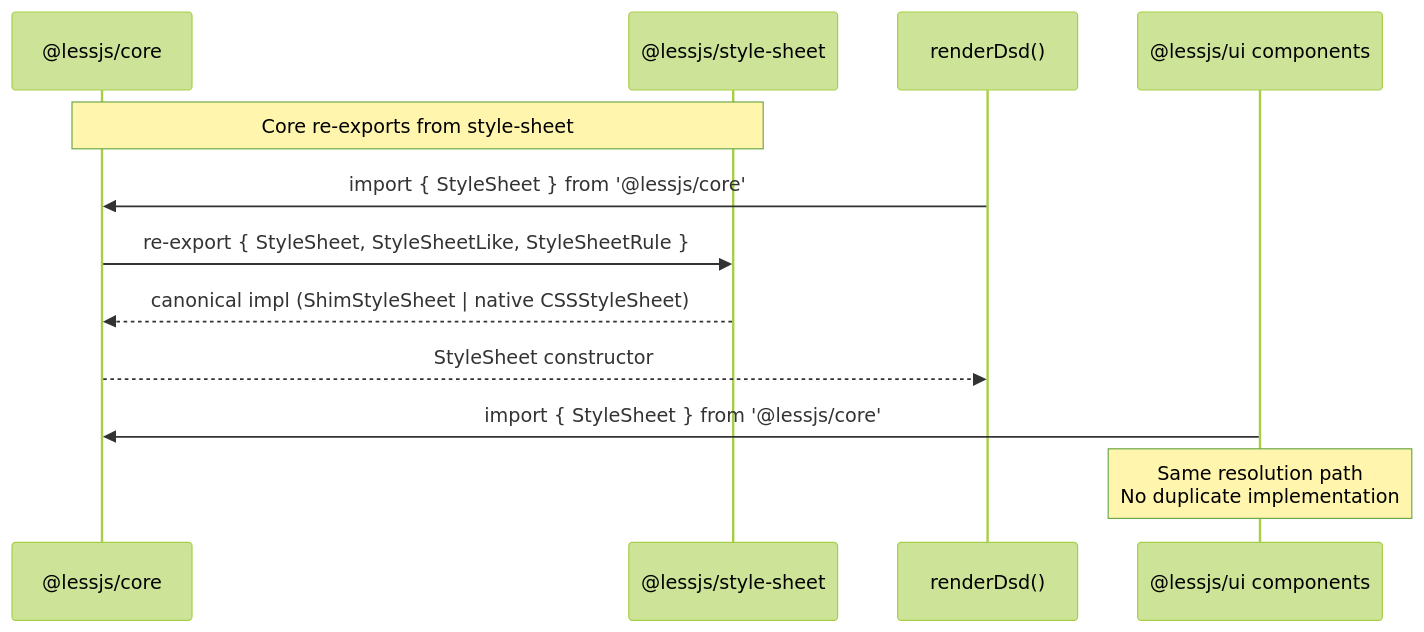
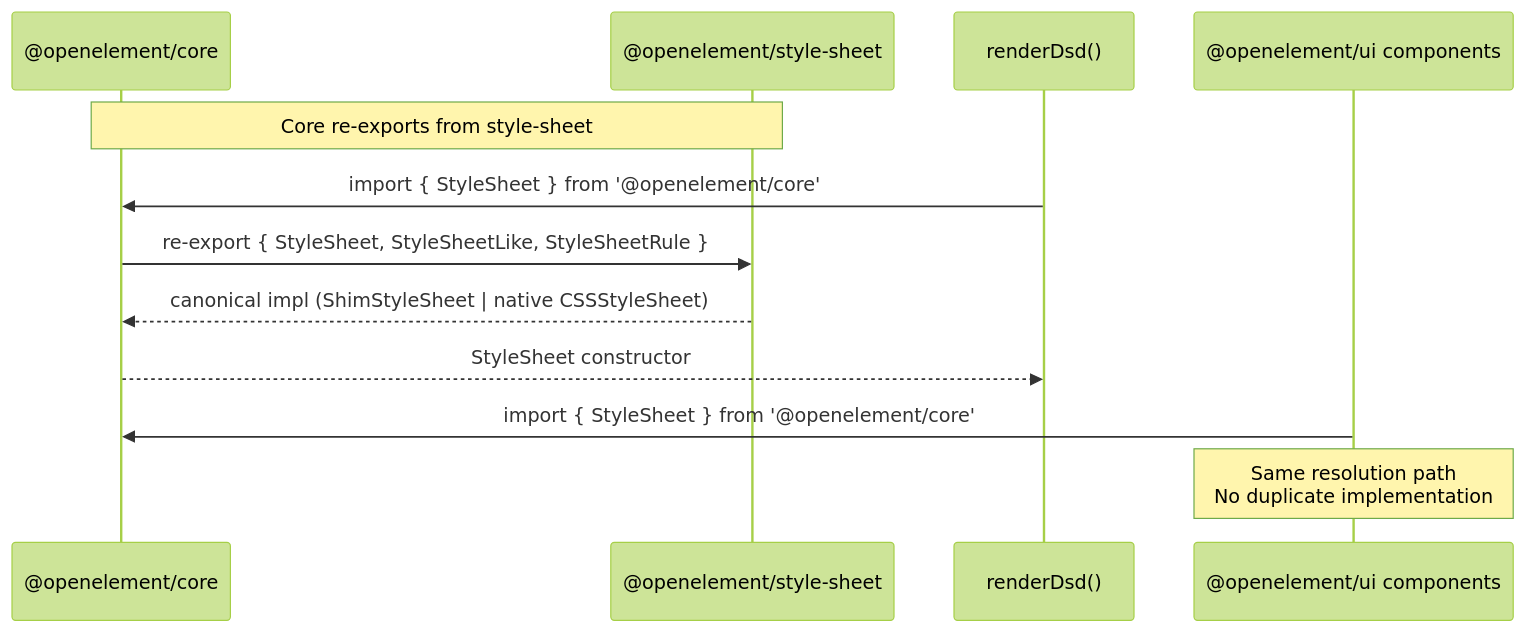
Before and after one commit to lessjs-run/lessjs: the fifth of 8 diagrams in docs/system_design.md, drawn with Mermaid (forest theme). The commit also changed other lines of this file and 703 other files, not shown here.

````diff
--- a/docs/system_design.md
+++ b/docs/system_design.md
@@ -288,17 +288,17 @@
 ```mermaid
 sequenceDiagram
-    participant Core as @lessjs/core
-    participant SS as @lessjs/style-sheet
+    participant Core as @openelement/core
+    participant SS as @openelement/style-sheet
     participant DSD as renderDsd()
-    participant UI as @lessjs/ui components
+    participant UI as @openelement/ui components
 
     Note over Core,SS: Core re-exports from style-sheet
     
-    DSD->>Core: import { StyleSheet } from '@lessjs/core'
+    DSD->>Core: import { StyleSheet } from '@openelement/core'
     Core->>SS: re-export { StyleSheet, StyleSheetLike, StyleSheetRule }
     SS-->>Core: canonical impl (ShimStyleSheet | native CSSStyleSheet)
     Core-->>DSD: StyleSheet constructor
     
-    UI->>Core: import { StyleSheet } from '@lessjs/core'
+    UI->>Core: import { StyleSheet } from '@openelement/core'
     Note over UI: Same resolution path<br/>No duplicate implementation
 ```
````
